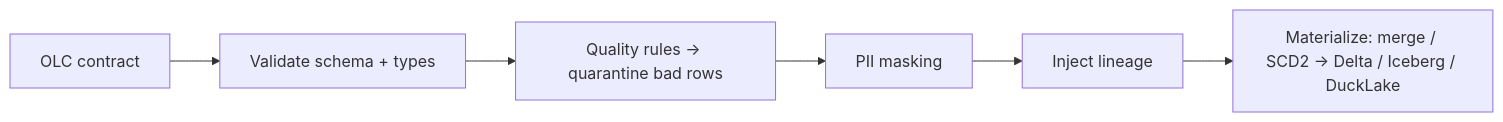
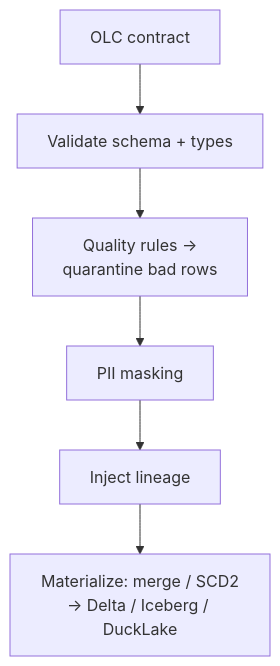
One commit to LakeLogic/open-lakehouse-contract changed the first of 3 diagrams in docs/concepts/what-is-olc.md. Above: the diagram before and after it, drawn with Mermaid. The commit also changed other lines of this file and 114 other files, not shown here.

````diff
--- a/docs/concepts/what-is-olc.md
+++ b/docs/concepts/what-is-olc.md
@@ -11,8 +11,8 @@
 ```mermaid
-flowchart LR
+flowchart TD
     C[OLC contract] --> V[Validate schema + types]
-    V --> Q[Quality rules → quarantine bad rows]
+    V --> Q["Quality rules →<br/>quarantine bad rows"]
     Q --> P[PII masking]
     P --> L[Inject lineage]
-    L --> M[Materialize: merge / SCD2 → Delta / Iceberg / DuckLake]
+    L --> M["Materialize: merge / SCD2<br/>→ Delta / Iceberg / DuckLake"]
 ```
````
